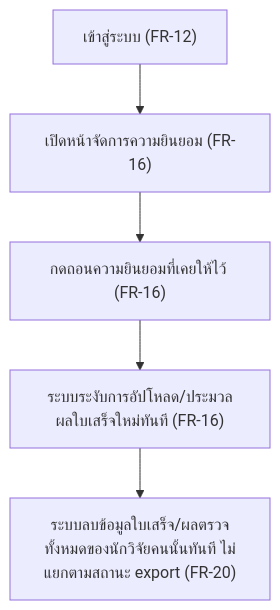
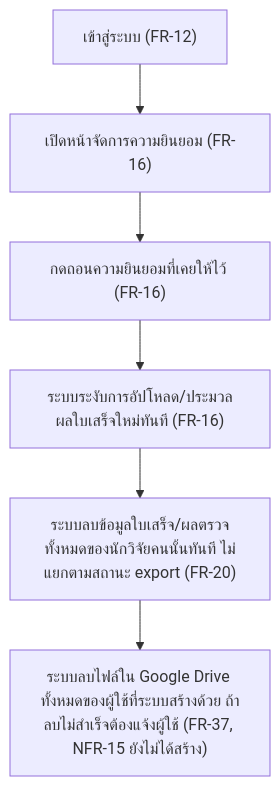
Before and after one commit to ptrsswnr/Grant-Receipt-Assistant: the fifth of 10 diagrams in docs/02-design/user-journey.md, drawn with Mermaid. The commit also changed other lines of this file and 28 other files, not shown here.

````diff
--- a/docs/02-design/user-journey.md
+++ b/docs/02-design/user-journey.md
@@ -230,10 +320,11 @@
 ```mermaid
 flowchart TD
     A["เข้าสู่ระบบ (FR-12)"]
     B["เปิดหน้าจัดการความยินยอม (FR-16)"]
     C["กดถอนความยินยอมที่เคยให้ไว้ (FR-16)"]
     D["ระบบระงับการอัปโหลด/ประมวลผลใบเสร็จใหม่ทันที (FR-16)"]
     E["ระบบลบข้อมูลใบเสร็จ/ผลตรวจทั้งหมดของนักวิจัยคนนั้นทันที ไม่แยกตามสถานะ export (FR-20)"]
+    F["ระบบลบไฟล์ใน Google Drive ทั้งหมดของผู้ใช้ที่ระบบสร้างด้วย ถ้าลบไม่สำเร็จต้องแจ้งผู้ใช้ (FR-37, NFR-15 ยังไม่ได้สร้าง)"]
 
-    A --> B --> C --> D --> E
+    A --> B --> C --> D --> E --> F
 ```
````
